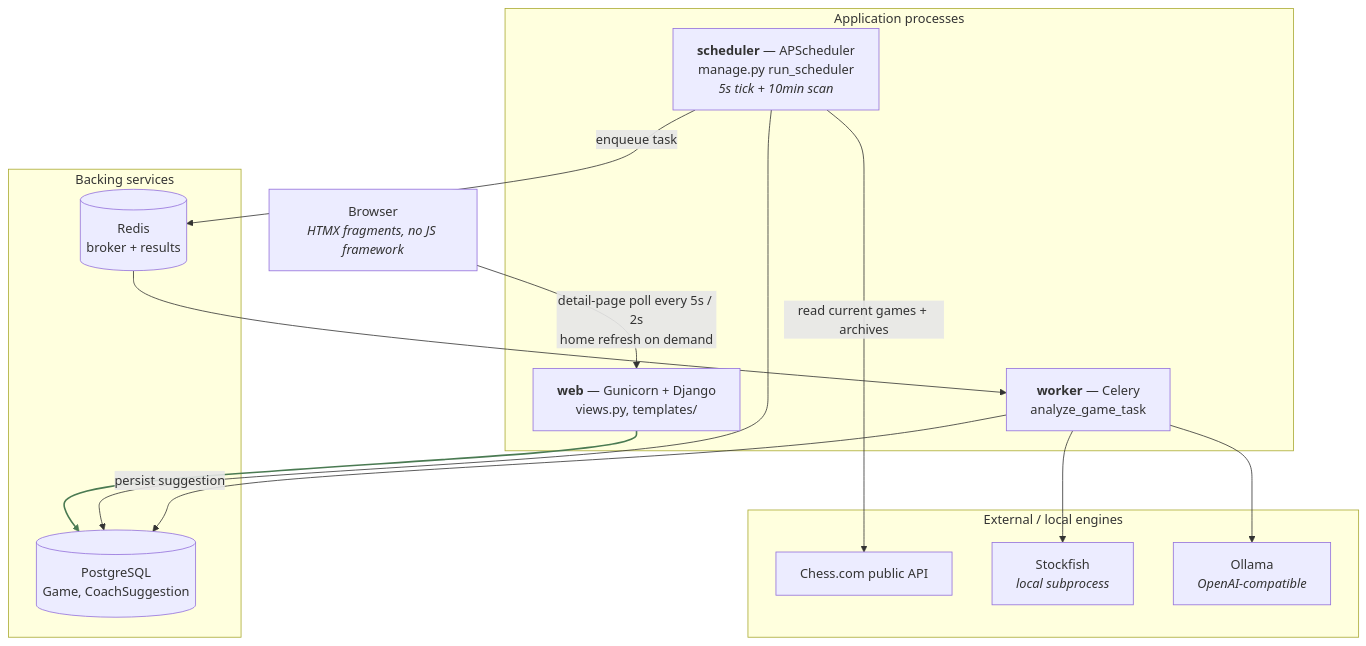
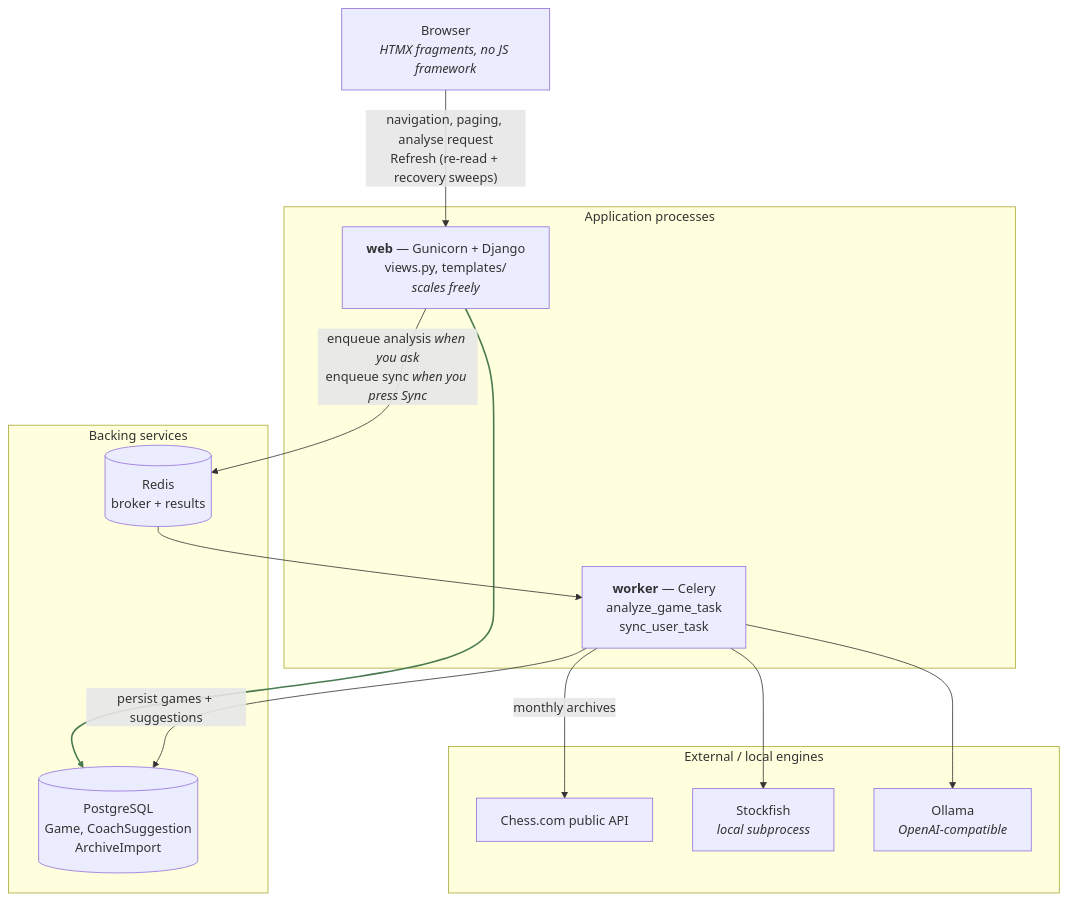
Before and after one commit to gab-25/chessdotcom_ai_coach: the first of 2 diagrams in docs/architecture.md, drawn with Mermaid. The commit also changed other lines of this file and 47 other files, not shown here.

Commit message:
Import every game from the Chess.com archives, analyse played moves on request (#49)

````diff
--- a/docs/architecture.md
+++ b/docs/architecture.md
@@ -14,33 +34,31 @@
 ```mermaid
 graph TD
     Browser["Browser<br/><i>HTMX fragments, no JS framework</i>"]
 
     subgraph app["Application processes"]
-        Web["<b>web</b> — Gunicorn + Django<br/>views.py, templates/"]
-        Sched["<b>scheduler</b> — APScheduler<br/>manage.py run_scheduler<br/><i>5s tick + 10min scan</i>"]
-        Worker["<b>worker</b> — Celery<br/>analyze_game_task"]
+        Web["<b>web</b> — Gunicorn + Django<br/>views.py, templates/<br/><i>scales freely</i>"]
+        Worker["<b>worker</b> — Celery<br/>analyze_game_task<br/>sync_user_task"]
     end
 
     subgraph infra["Backing services"]
-        PG[("PostgreSQL<br/>Game, CoachSuggestion")]
+        PG[("PostgreSQL<br/>Game, CoachSuggestion<br/>ArchiveImport")]
         Redis[("Redis<br/>broker + results")]
     end
 
     subgraph ext["External / local engines"]
         ChessCom["Chess.com public API"]
         SF["Stockfish<br/><i>local subprocess</i>"]
         LLM["Ollama<br/><i>OpenAI-compatible</i>"]
     end
 
-    Browser -->|"detail-page poll every 5s / 2s<br/>home refresh on demand"| Web
+    Browser -->|"navigation, paging, analyse request<br/>Refresh (re-read + recovery sweeps)"| Web
     Web --> PG
-    Sched -->|"read current games + archives"| ChessCom
-    Sched --> PG
-    Sched -->|"enqueue task"| Redis
+    Web -->|"enqueue analysis <i>when you ask</i><br/>enqueue sync <i>when you press Sync</i>"| Redis
     Redis --> Worker
+    Worker -->|"monthly archives"| ChessCom
     Worker --> SF
     Worker --> LLM
-    Worker -->|"persist suggestion"| PG
+    Worker -->|"persist games + suggestions"| PG
 
     linkStyle 1 stroke:#4a7a52,stroke-width:2px
 ```
````
